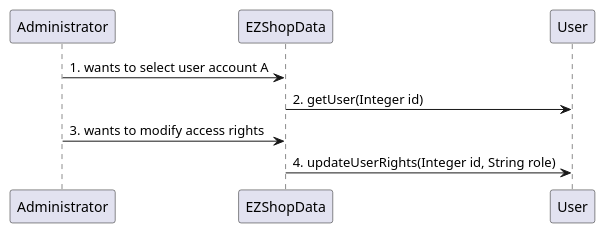
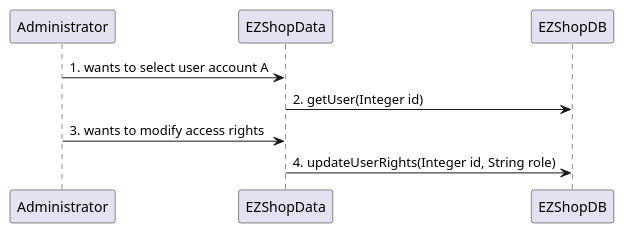
Before and after one commit to djemar/softeng_ezshop: the eighth of 31 diagrams in Deliverables/DesignDocument.md, drawn with PlantUML. The commit also changed other lines of this file, not shown here.

Commit message:
modified Verification sequence diagrams

````diff
--- a/Deliverables/DesignDocument.md
+++ b/Deliverables/DesignDocument.md
@@ -319,6 +322,6 @@
 ```plantuml
 "Administrator" -> "EZShopData": 1. wants to select user account A
-"EZShopData" -> "User": 2. getUser(Integer id)
+"EZShopData" -> "EZShopDB": 2. getUser(Integer id)
 "Administrator" -> "EZShopData": 3. wants to modify access rights
-"EZShopData" -> "User": 4. updateUserRights(Integer id, String role)
+"EZShopData" -> "EZShopDB": 4. updateUserRights(Integer id, String role)
 ```
````
